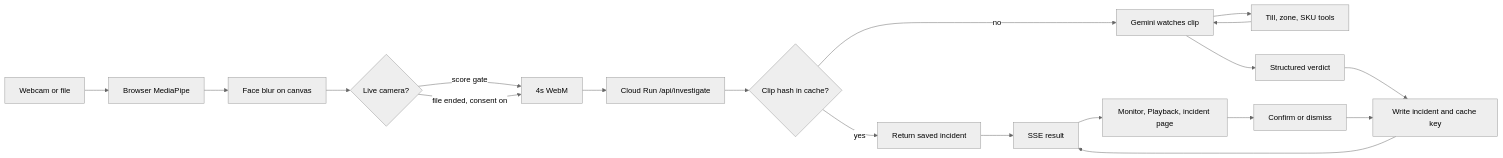
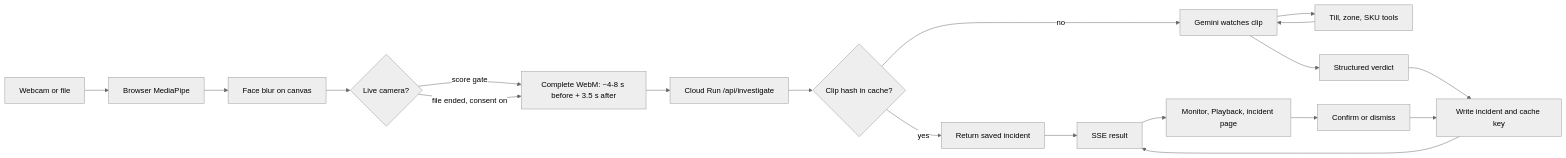
The first of 2 diagrams in README.md (akshatjain-akj/shrinksight), drawn with Mermaid (neutral theme) before and after one commit. The commit also changed 23 other files, not shown here.

````diff
--- a/README.md
+++ b/README.md
@@ -45,21 +45,21 @@
 ```mermaid
 flowchart LR
   cam[Webcam or file] --> edge[Browser MediaPipe]
   edge --> blur[Face blur on canvas]
   blur --> gate{Live camera?}
-  gate -->|score gate| clip[4s WebM]
+  gate -->|score gate| clip[Complete WebM: ~4-8 s before + 3.5 s after]
   gate -->|file ended, consent on| clip
   clip --> api[Cloud Run /api/investigate]
   api --> hit{Clip hash in cache?}
   hit -->|yes| old[Return saved incident]
   hit -->|no| gemini[Gemini watches clip]
   gemini --> tools[Till, zone, SKU tools]
   tools --> gemini
   gemini --> verdict[Structured verdict]
   verdict --> save[Write incident and cache key]
   save --> sse[SSE result]
   old --> sse
   sse --> ui[Monitor, Playback, incident page]
   ui --> review[Confirm or dismiss]
   review --> save
 ```
````
